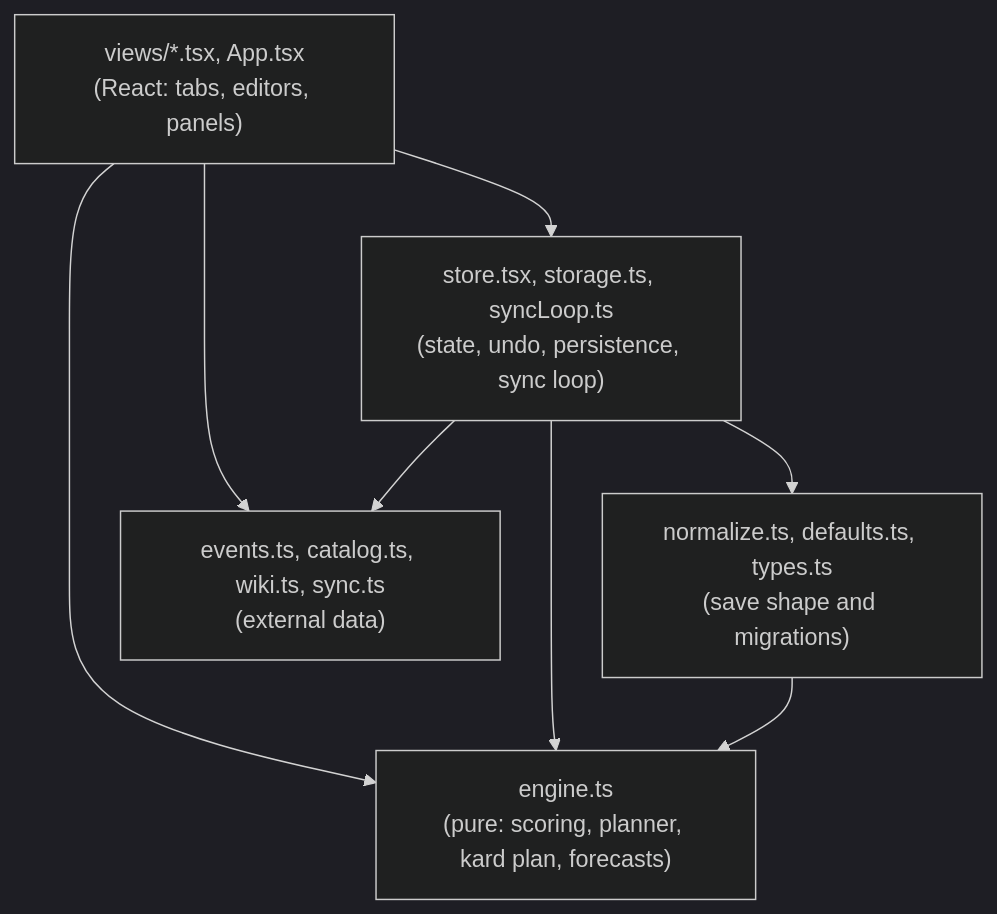
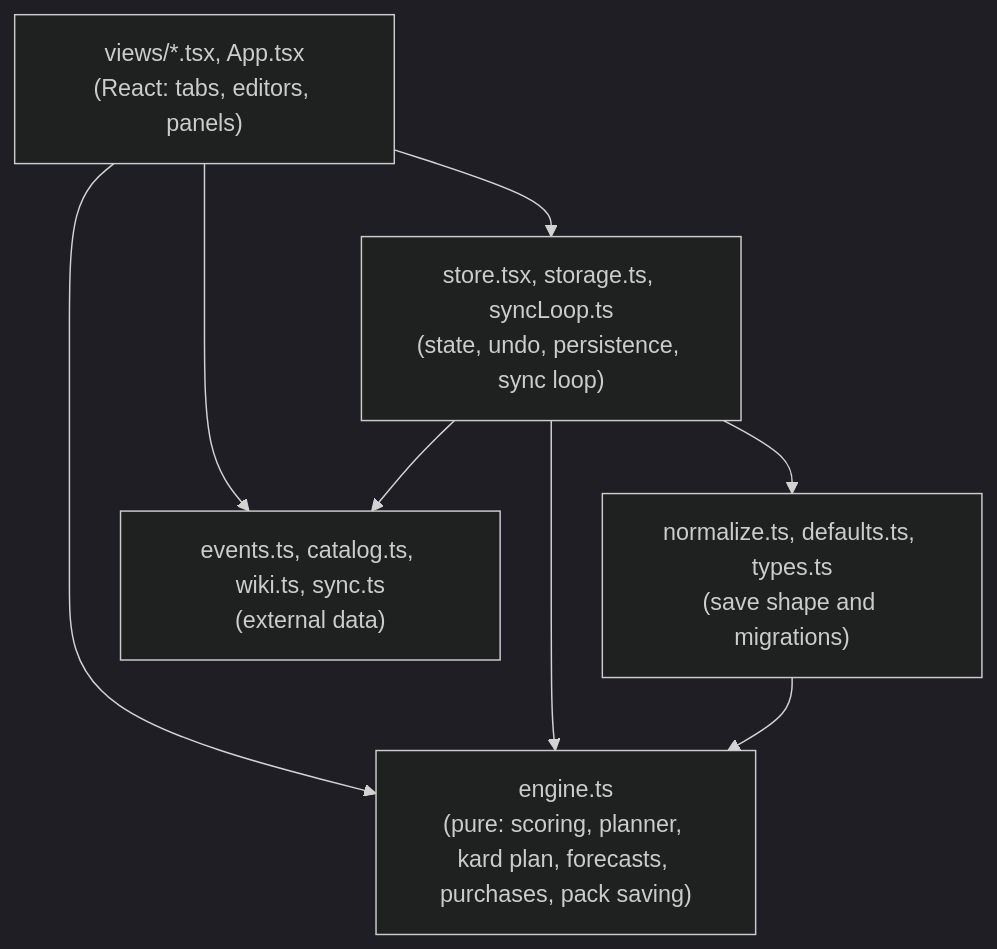
One commit to Simba3696/mkmax changed the second of 3 diagrams in docs/architecture.md. Above: the diagram before and after it, drawn with Mermaid (dark theme). The commit also changed other lines of this file and 5 other files, not shown here.

````diff
--- a/docs/architecture.md
+++ b/docs/architecture.md
@@ -31,15 +31,15 @@
 ```mermaid
 flowchart TB
   Views["views/*.tsx, App.tsx<br/>(React: tabs, editors, panels)"]
   Store["store.tsx, storage.ts, syncLoop.ts<br/>(state, undo, persistence, sync loop)"]
-  Engine["engine.ts<br/>(pure: scoring, planner, kard plan, forecasts)"]
+  Engine["engine.ts<br/>(pure: scoring, planner, kard plan, forecasts, purchases, pack saving)"]
   Data["normalize.ts, defaults.ts, types.ts<br/>(save shape and migrations)"]
   Ext["events.ts, catalog.ts, wiki.ts, sync.ts<br/>(external data)"]
   Views --> Store
   Views --> Engine
   Views --> Ext
   Store --> Data
   Store --> Engine
   Store --> Ext
   Data --> Engine
 ```
````
